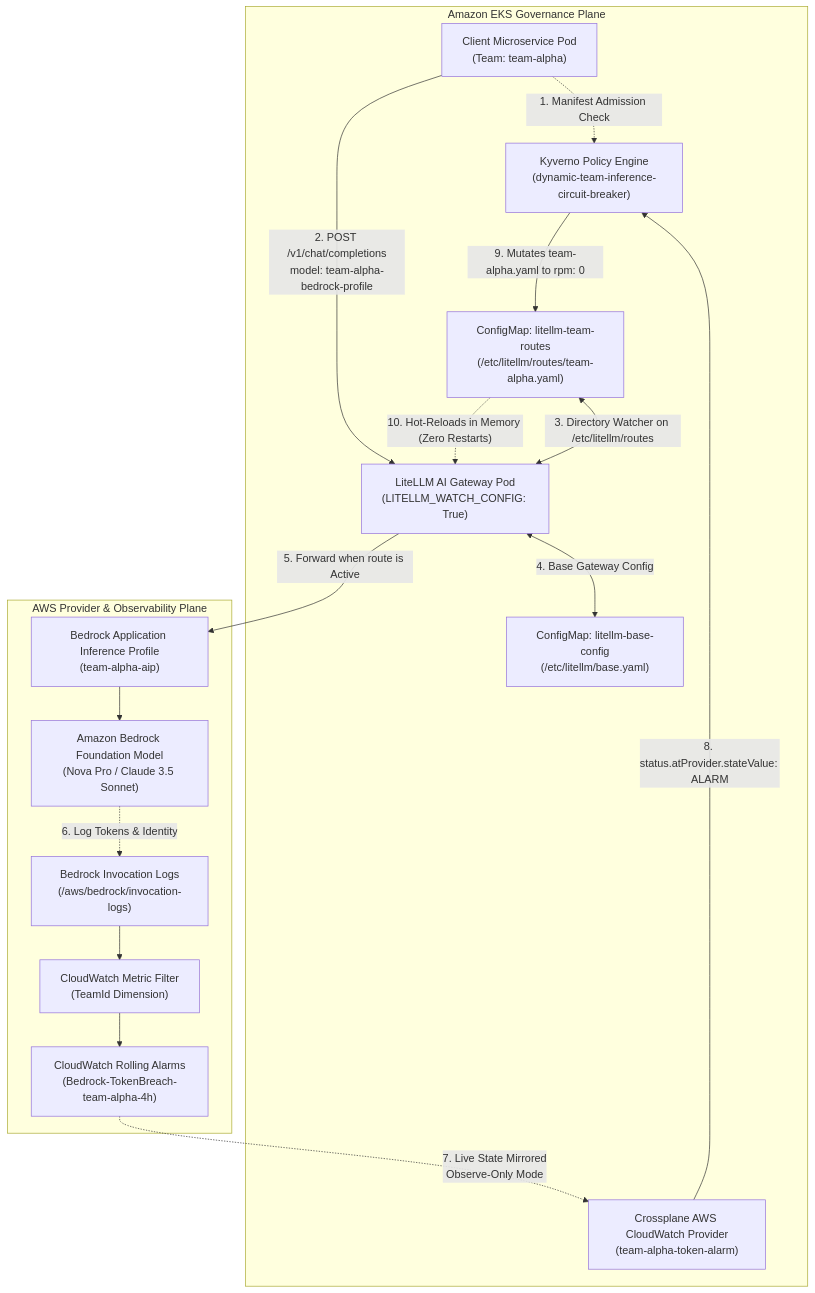
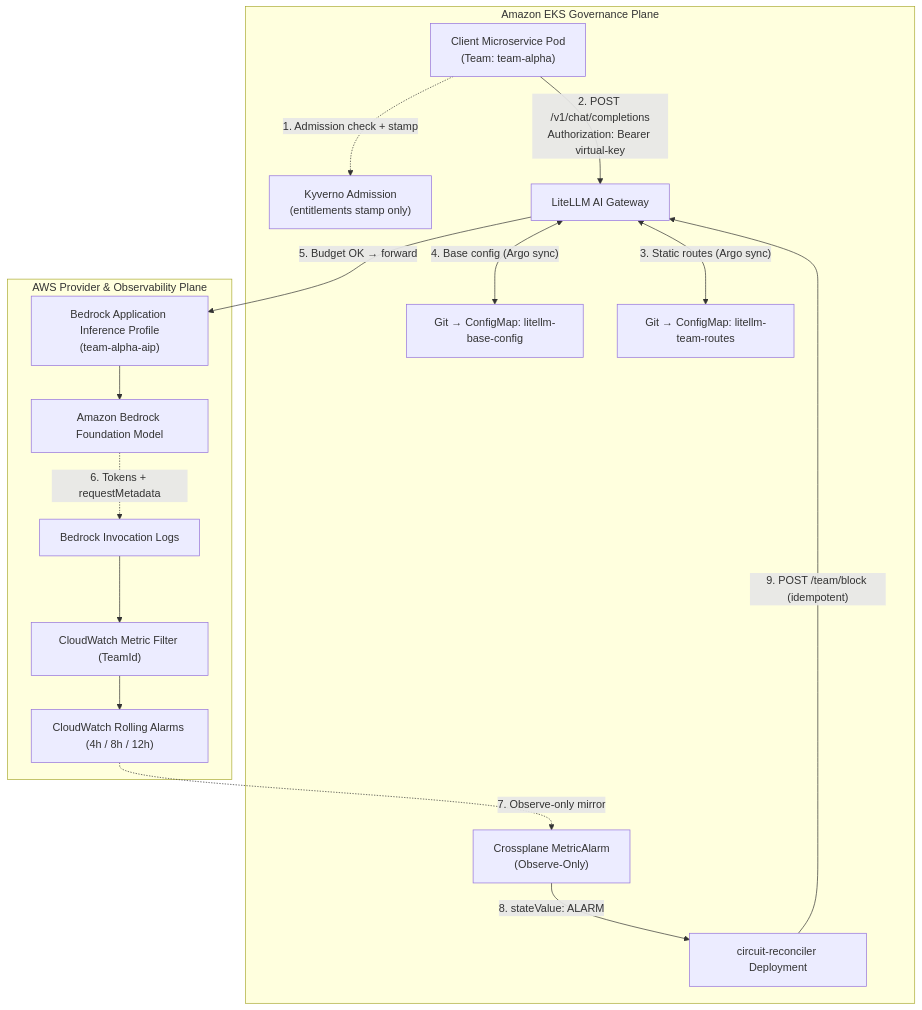
The first of 7 diagrams in src/content/docs/blogs/managed-vs-hybrid-inference-litellm-eks-part2.md (calshankar/calshankar.github.io), drawn with Mermaid before and after one commit. The commit also changed other lines of this file and 1 other file, not shown here.

First line of the commit message:
feat(blog-Gen-AI): Update Gitops approach & self hosting model section (#22)

````diff
--- a/src/content/docs/blogs/managed-vs-hybrid-inference-litellm-eks-part2.md
+++ b/src/content/docs/blogs/managed-vs-hybrid-inference-litellm-eks-part2.md
@@ -140,34 +140,34 @@
 ```mermaid
 flowchart TD
     subgraph EKSCluster["Amazon EKS Governance Plane"]
         ClientPod["Client Microservice Pod<br/>(Team: team-alpha)"]
-        KyvernoPolicy["Kyverno Policy Engine<br/>(dynamic-team-inference-circuit-breaker)"]
-        BaseConfig["ConfigMap: litellm-base-config<br/>(/etc/litellm/base.yaml)"]
-        RouteConfig["ConfigMap: litellm-team-routes<br/>(/etc/litellm/routes/team-alpha.yaml)"]
-        LiteLLMGW["LiteLLM AI Gateway Pod<br/>(LITELLM_WATCH_CONFIG: True)"]
-        CrossplaneCW["Crossplane AWS CloudWatch Provider<br/>(team-alpha-token-alarm)"]
+        KyvernoAdm["Kyverno Admission<br/>(entitlements stamp only)"]
+        BaseConfig["Git → ConfigMap: litellm-base-config"]
+        RouteConfig["Git → ConfigMap: litellm-team-routes"]
+        LiteLLMGW["LiteLLM AI Gateway"]
+        Reconciler["circuit-reconciler Deployment"]
+        CrossplaneCW["Crossplane MetricAlarm<br/>(Observe-Only)"]
 
-        ClientPod -.->|"1. Manifest Admission Check"| KyvernoPolicy
-        ClientPod -->|"2. POST /v1/chat/completions<br/>model: team-alpha-bedrock-profile"| LiteLLMGW
-        LiteLLMGW <-->|"3. Directory Watcher on /etc/litellm/routes"| RouteConfig
-        LiteLLMGW <-->|"4. Base Gateway Config"| BaseConfig
+        ClientPod -.->|"1. Admission check + stamp"| KyvernoAdm
+        ClientPod -->|"2. POST /v1/chat/completions<br/>Authorization: Bearer virtual-key"| LiteLLMGW
+        LiteLLMGW <-->|"3. Static routes (Argo sync)"| RouteConfig
+        LiteLLMGW <-->|"4. Base config (Argo sync)"| BaseConfig
     end
 
     subgraph AWSManagement["AWS Provider & Observability Plane"]
         AppProfile["Bedrock Application Inference Profile<br/>(team-alpha-aip)"]
-        BedrockFM["Amazon Bedrock Foundation Model<br/>(Nova Pro / Claude 3.5 Sonnet)"]
-        BedrockLogs["Bedrock Invocation Logs<br/>(/aws/bedrock/invocation-logs)"]
-        CWFilter["CloudWatch Metric Filter<br/>(TeamId Dimension)"]
-        CWAlarm["CloudWatch Rolling Alarms<br/>(Bedrock-TokenBreach-team-alpha-4h)"]
+        BedrockFM["Amazon Bedrock Foundation Model"]
+        BedrockLogs["Bedrock Invocation Logs"]
+        CWFilter["CloudWatch Metric Filter (TeamId)"]
+        CWAlarm["CloudWatch Rolling Alarms (4h / 8h / 12h)"]
 
-        LiteLLMGW -->|"5. Forward when route is Active"| AppProfile
+        LiteLLMGW -->|"5. Budget OK → forward"| AppProfile
         AppProfile --> BedrockFM
-        BedrockFM -.->|"6. Log Tokens & Identity"| BedrockLogs
+        BedrockFM -.->|"6. Tokens + requestMetadata"| BedrockLogs
         BedrockLogs --> CWFilter
         CWFilter --> CWAlarm
-        CWAlarm -.->|"7. Live State Mirrored<br/>Observe-Only Mode"| CrossplaneCW
-        CrossplaneCW -->|"8. status.atProvider.stateValue: ALARM"| KyvernoPolicy
-        KyvernoPolicy -->|"9. Mutates team-alpha.yaml to rpm: 0"| RouteConfig
-        RouteConfig -.->|"10. Hot-Reloads in Memory (Zero Restarts)"| LiteLLMGW
+        CWAlarm -.->|"7. Observe-only mirror"| CrossplaneCW
+        CrossplaneCW -->|"8. stateValue: ALARM"| Reconciler
+        Reconciler -->|"9. POST /team/block (idempotent)"| LiteLLMGW
     end
 ```
````
